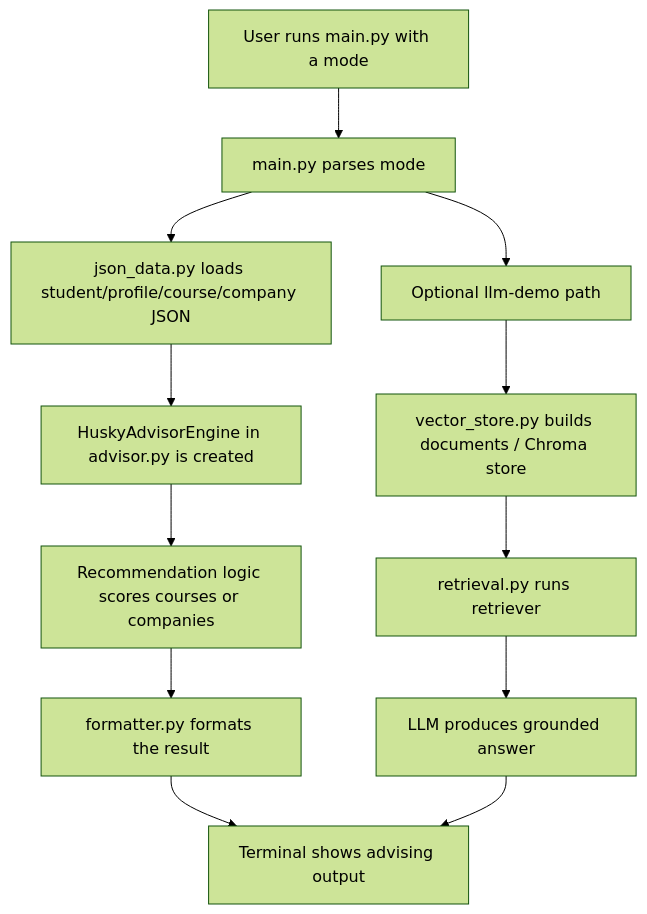
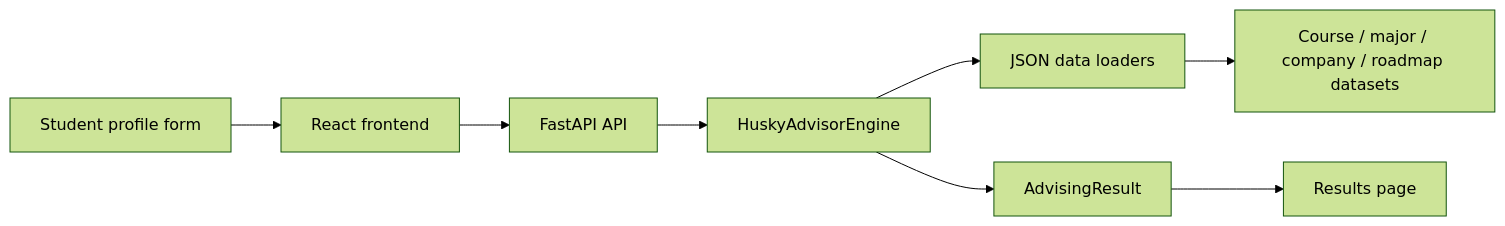
Before and after one commit to Christiewmy1/choose-your-own-adventure: the diagram in docs/system_overview.md, drawn with Mermaid (forest theme). The commit also changed other lines of this file and 2451 other files, not shown here.

````diff
--- a/docs/system_overview.md
+++ b/docs/system_overview.md
@@ -79,15 +56,10 @@
 ```mermaid
-flowchart TD
-    A["User runs main.py with a mode"] --> B["main.py parses mode"]
-    B --> C["json_data.py loads student/profile/course/company JSON"]
-    C --> D["HuskyAdvisorEngine in advisor.py is created"]
-    D --> E["Recommendation logic scores courses or companies"]
-    E --> F["formatter.py formats the result"]
-    F --> G["Terminal shows advising output"]
-
-    B --> H["Optional llm-demo path"]
-    H --> I["vector_store.py builds documents / Chroma store"]
-    I --> J["retrieval.py runs retriever"]
-    J --> K["LLM produces grounded answer"]
-    K --> G
+flowchart LR
+    A["Student profile form"] --> B["React frontend"]
+    B --> C["FastAPI API"]
+    C --> D["HuskyAdvisorEngine"]
+    D --> E["JSON data loaders"]
+    E --> F["Course / major / company / roadmap datasets"]
+    D --> G["AdvisingResult"]
+    G --> H["Results page"]
 ```
````
